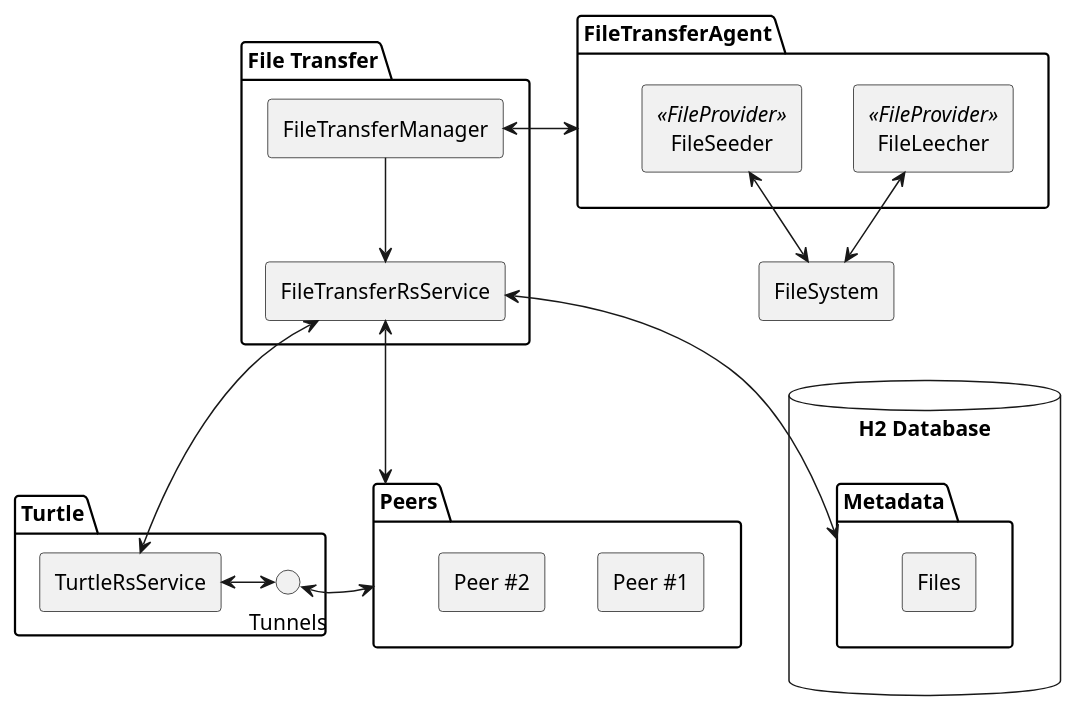
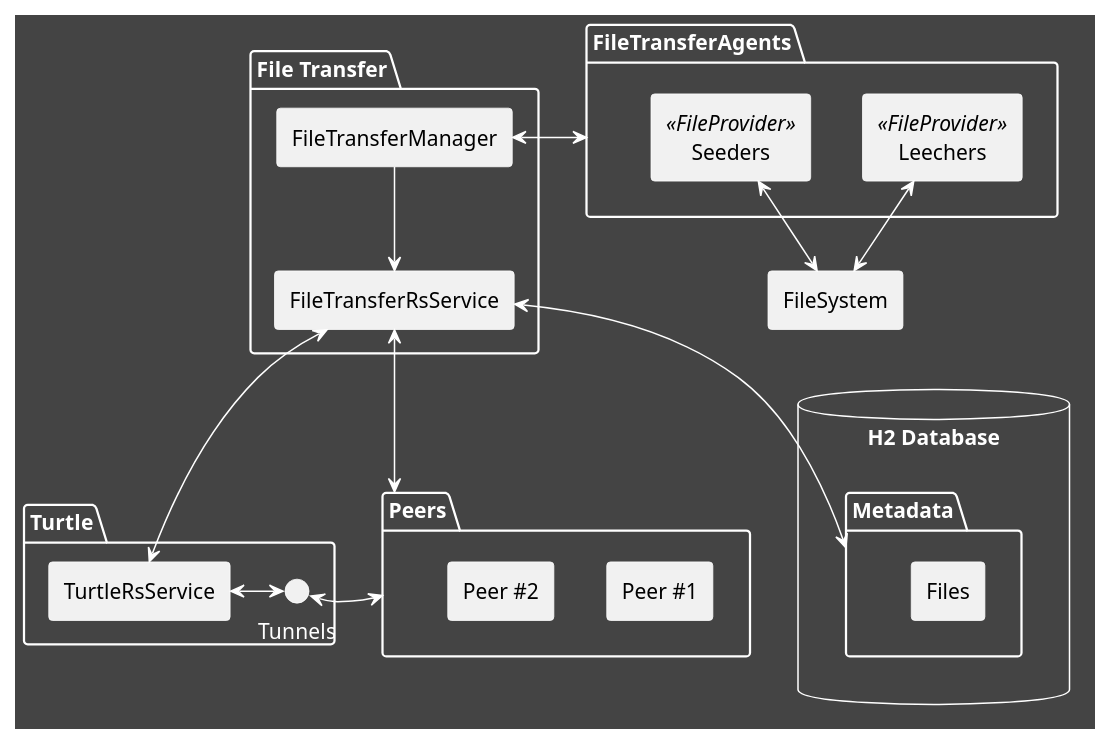
One commit to zapek/Xeres changed the diagram in app/src/main/java/io/xeres/app/xrs/service/filetransfer/doc-files/filetransfer.puml. Above: the diagram before and after it, drawn with PlantUML. The commit also changed 7 other files, not shown here.

```diff
--- a/app/src/main/java/io/xeres/app/xrs/service/filetransfer/doc-files/filetransfer.puml
+++ b/app/src/main/java/io/xeres/app/xrs/service/filetransfer/doc-files/filetransfer.puml
@@ -1,41 +1,50 @@
 @startuml
 'https://plantuml.com/component-diagram
+<style>
+document {
+  BackGroundColor #444444
+}
+root {
+  FontColor #?black:white
+  LineColor white
+}
+</style>
 skinparam componentStyle rectangle
 
 package "File Transfer" {
   [FileTransferManager] --> [FileTransferRsService]
 }
 
-[FileTransferManager] <-> FileTransferAgent
+[FileTransferManager] <-> FileTransferAgents
 
-package "FileTransferAgent" {
-	[FileLeecher] <<FileProvider>>
-	[FileSeeder] <<FileProvider>>
+package "FileTransferAgents" {
+	[Leechers] <<FileProvider>>
+	[Seeders] <<FileProvider>>
 }
 
-[FileLeecher] <--> [FileSystem]
-[FileSeeder] <--> [FileSystem]
+[Leechers] <--> [FileSystem]
+[Seeders] <--> [FileSystem]
 
 [FileSystem]
 
 package "Turtle" {
   [TurtleRsService] <-> Tunnels
 }
 
 package "Peers" {
   [Peer #1]
   [Peer #2]
 }
 
 database "H2 Database" {
   folder "Metadata" {
     [Files]
   }
 }
 
 [FileTransferRsService] <--> [TurtleRsService]
 [FileTransferRsService] <--> [Metadata]
 [FileTransferRsService] <--> [Peers]
 [Tunnels] <-> [Peers]
 
 @enduml
```
